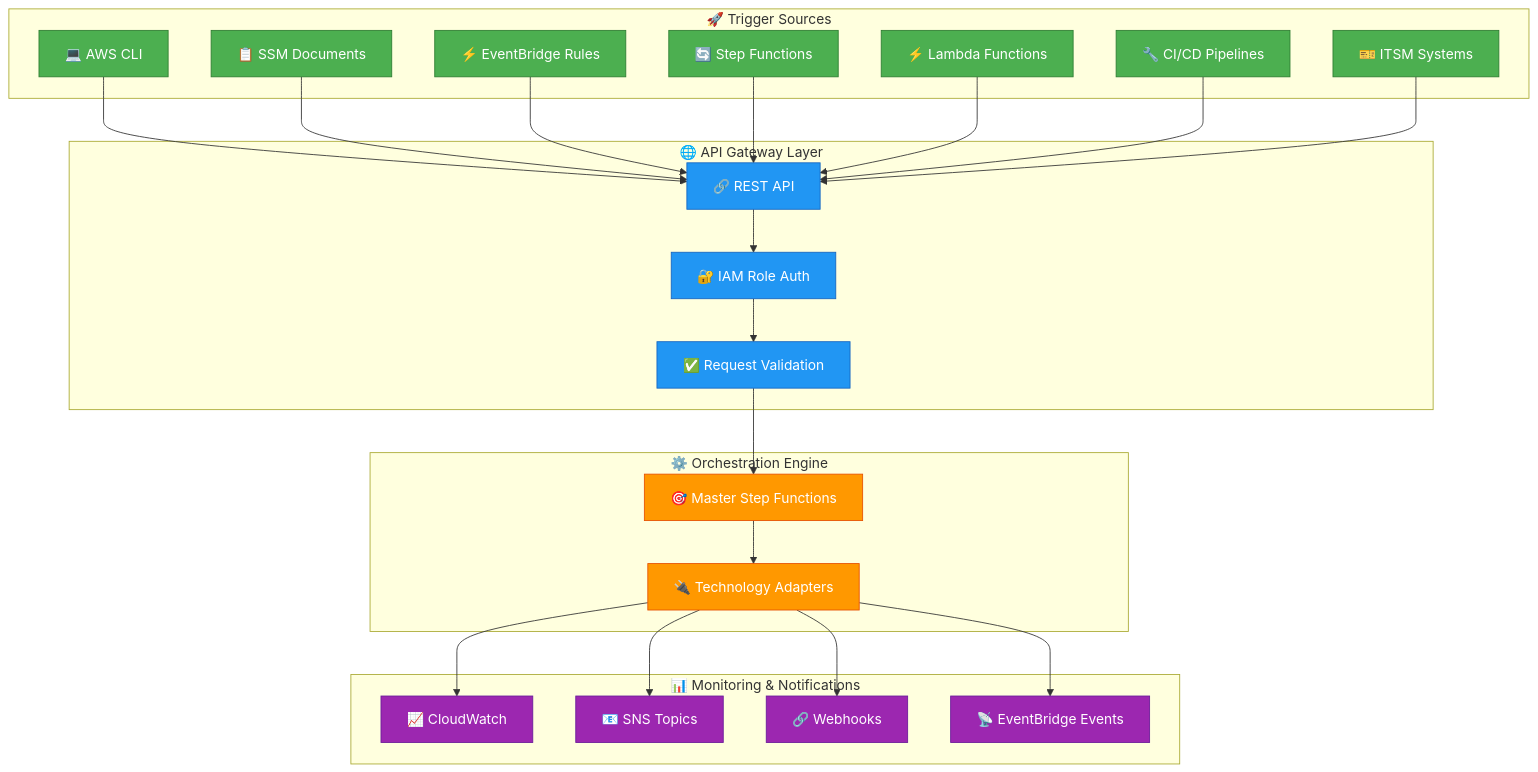
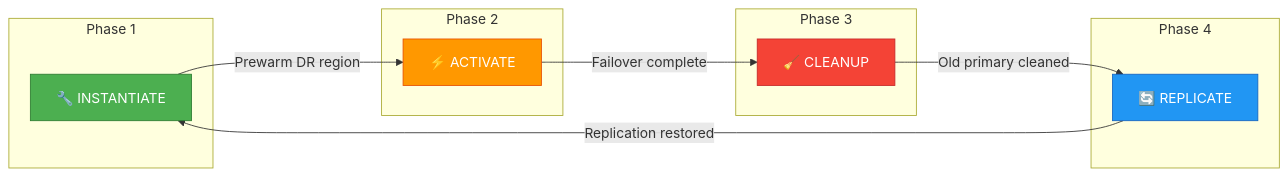
Before and after one commit to johnjcousens/aws-elasticdrs-orchestrator: the first of 13 diagrams in docs/Enterprise_DR_Orchestration_Platform_PRD.md, drawn with Mermaid. The commit also changed other lines of this file and 9 other files, not shown here.

````diff
--- a/docs/Enterprise_DR_Orchestration_Platform_PRD.md
+++ b/docs/Enterprise_DR_Orchestration_Platform_PRD.md
@@ -200,58 +150,33 @@
 ```mermaid
-flowchart TD
-    subgraph "🚀 Trigger Sources"
-        CLI["💻 AWS CLI"]
-        SSM["📋 SSM Documents"]
-        EB["⚡ EventBridge Rules"]
-        SF["🔄 Step Functions"]
-        LAMBDA["⚡ Lambda Functions"]
-        CICD["🔧 CI/CD Pipelines"]
-        ITSM["🎫 ITSM Systems"]
+flowchart LR
+    subgraph "Phase 1"
+        I[🔧 INSTANTIATE]
     end
     
-    subgraph "🌐 API Gateway Layer"
-        REST["🔗 REST API"]
-        AUTH["🔐 IAM Role Auth"]
-        VALID["✅ Request Validation"]
+    subgraph "Phase 2"
+        A[⚡ ACTIVATE]
     end
     
-    subgraph "⚙️ Orchestration Engine"
-        MASTER["🎯 Master Step Functions"]
-        ADAPTERS["🔌 Technology Adapters"]
+    subgraph "Phase 3"
+        C[🧹 CLEANUP]
     end
     
-    subgraph "📊 Monitoring & Notifications"
-        CW["📈 CloudWatch"]
-        SNS["📧 SNS Topics"]
-        WEBHOOK["🔗 Webhooks"]
-        EVENTS["📡 EventBridge Events"]
+    subgraph "Phase 4"
+        R[🔄 REPLICATE]
     end
     
-    CLI --> REST
-    SSM --> REST
-    EB --> REST
-    SF --> REST
-    LAMBDA --> REST
-    CICD --> REST
-    ITSM --> REST
+    I -->|"Prewarm DR region"| A
+    A -->|"Failover complete"| C
+    C -->|"Old primary cleaned"| R
+    R -->|"Replication restored"| I
     
-    REST --> AUTH
-    AUTH --> VALID
-    VALID --> MASTER
-    MASTER --> ADAPTERS
+    classDef phase1 fill:#4CAF50,stroke:#2E7D32,color:#fff
+    classDef phase2 fill:#FF9800,stroke:#E65100,color:#fff
+    classDef phase3 fill:#F44336,stroke:#C62828,color:#fff
+    classDef phase4 fill:#2196F3,stroke:#1565C0,color:#fff
     
-    ADAPTERS --> CW
-    ADAPTERS --> SNS
-    ADAPTERS --> WEBHOOK
-    ADAPTERS --> EVENTS
-    
-    classDef trigger fill:#4CAF50,stroke:#2E7D32,color:#fff
-    classDef api fill:#2196F3,stroke:#1565C0,color:#fff
-    classDef engine fill:#FF9800,stroke:#E65100,color:#fff
-    classDef monitor fill:#9C27B0,stroke:#6A1B9A,color:#fff
-    
-    class CLI,SSM,EB,SF,LAMBDA,CICD,ITSM trigger
-    class REST,AUTH,VALID api
-    class MASTER,ADAPTERS engine
-    class CW,SNS,WEBHOOK,EVENTS monitor
+    class I phase1
+    class A phase2
+    class C phase3
+    class R phase4
 ```
````
